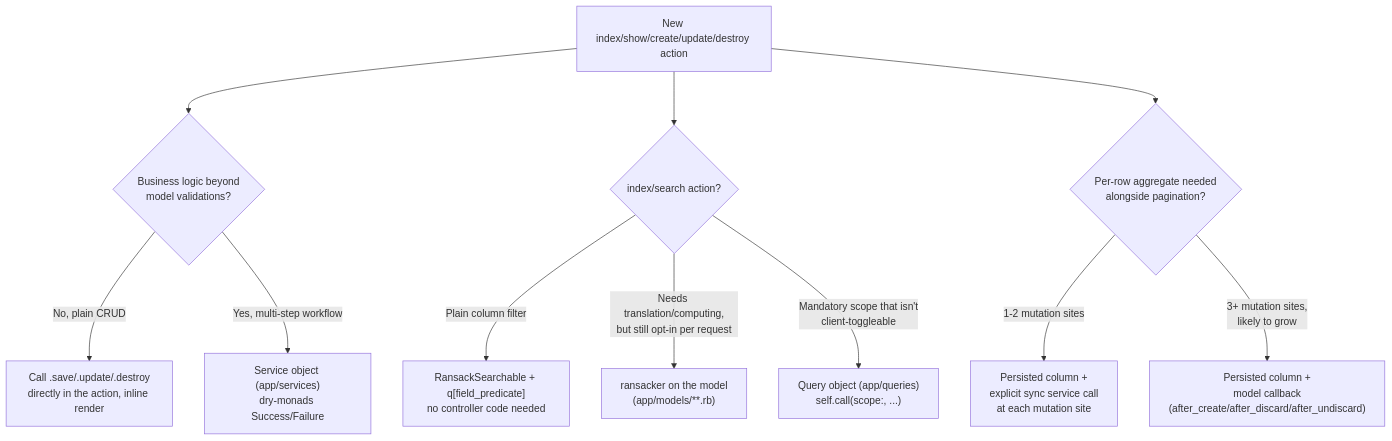
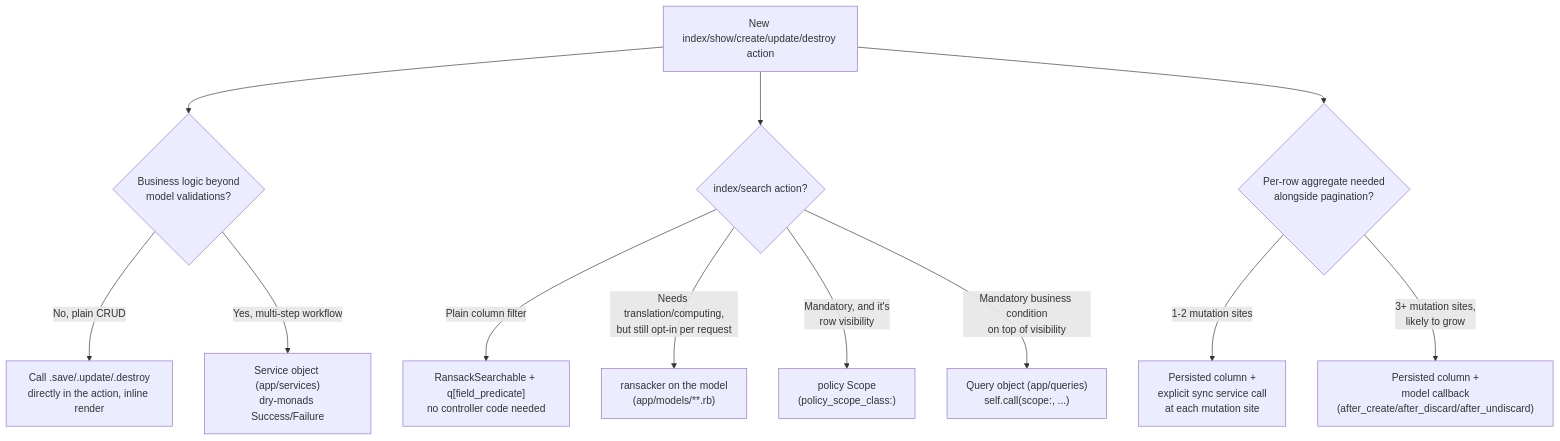
One commit to arya020595/st_dofi_backend changed the diagram in docs/architecture/thin-controllers-and-query-objects.md. Above: the diagram before and after it, drawn with Mermaid. The commit also changed other lines of this file and 31 other files, not shown here.

````diff
--- a/docs/architecture/thin-controllers-and-query-objects.md
+++ b/docs/architecture/thin-controllers-and-query-objects.md
@@ -27,15 +27,16 @@
 ```mermaid
 flowchart TD
     A["New index/show/create/update/destroy action"] --> B{"Business logic beyond<br/>model validations?"}
     B -->|No, plain CRUD| C["Call .save/.update/.destroy<br/>directly in the action, inline render"]
     B -->|Yes, multi-step workflow| D["Service object (app/services)<br/>dry-monads Success/Failure"]
 
     A --> E{"index/search action?"}
     E -->|"Plain column filter"| F["RansackSearchable + q[field_predicate]<br/>no controller code needed"]
     E -->|"Needs translation/computing,<br/>but still opt-in per request"| K["ransacker on the model<br/>(app/models/**.rb)"]
-    E -->|"Mandatory scope that isn't<br/>client-toggleable"| G["Query object (app/queries)<br/>self.call(scope:, ...)"]
+    E -->|"Mandatory, and it's<br/>row visibility"| L["policy Scope<br/>(policy_scope_class:)"]
+    E -->|"Mandatory business condition<br/>on top of visibility"| G["Query object (app/queries)<br/>self.call(scope:, ...)"]
 
     A --> H{"Per-row aggregate needed<br/>alongside pagination?"}
     H -->|"1-2 mutation sites"| I["Persisted column +<br/>explicit sync service call<br/>at each mutation site"]
     H -->|"3+ mutation sites,<br/>likely to grow"| J["Persisted column +<br/>model callback<br/>(after_create/after_discard/after_undiscard)"]
 ```
````
